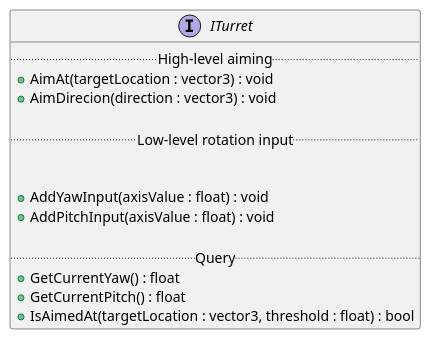
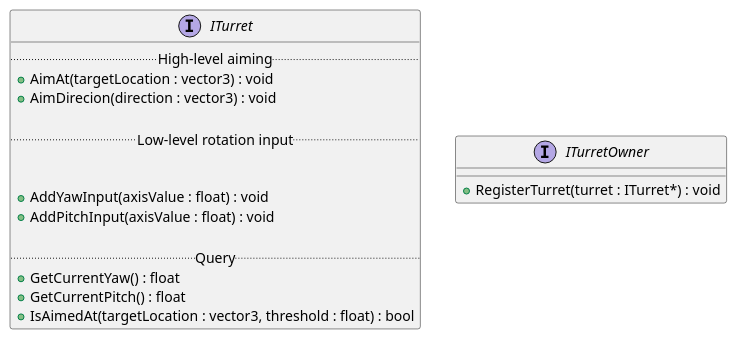
The diagram in Game/Modules/Turrents/Turrents_Interfaces.puml (leemojiang/UEGameDesign), drawn with PlantUML before and after one commit. The commit also changed 7 other files, not shown here.

```diff
--- a/Game/Modules/Turrents/Turrents_Interfaces.puml
+++ b/Game/Modules/Turrents/Turrents_Interfaces.puml
@@ -1,21 +1,28 @@
 @startuml
 
 interface ITurret{
     .. High-level aiming ..
     + AimAt(targetLocation : vector3) : void
     + AimDirecion(direction : vector3) : void
     
     .. Low-level rotation input ..
     ' DeltaYaw = axisValue * YawSpeed * DeltaTime; axisValue ∈ [-1,1]
 
 
     + AddYawInput(axisValue : float) : void
     + AddPitchInput(axisValue : float) : void
 
     .. Query ..
-    + GetCurrentYaw() : float
+    ' local rotation in turret's space, not world space
+    + GetCurrentYaw() : float 
     + GetCurrentPitch() : float
     + IsAimedAt(targetLocation : vector3, threshold : float) : bool
 }
 
+interface ITurretOwner{
+    + RegisterTurret(turret : ITurret*) : void
+}
+
+
+
 @enduml
```
